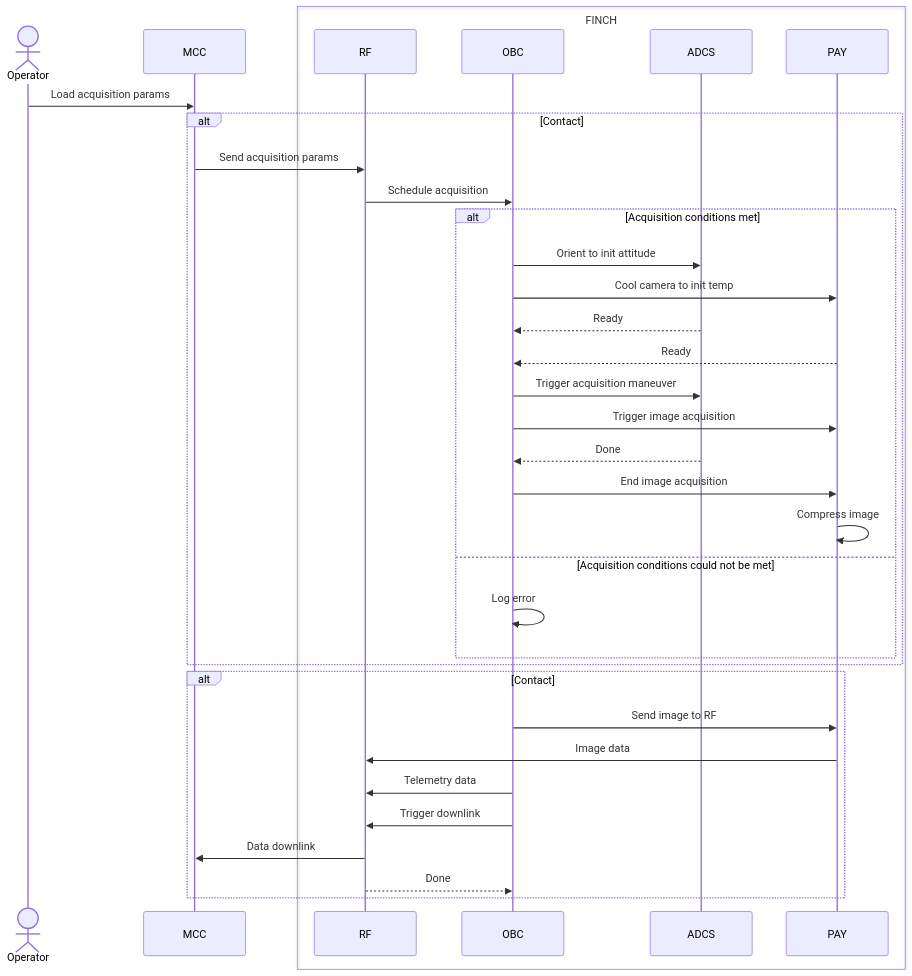
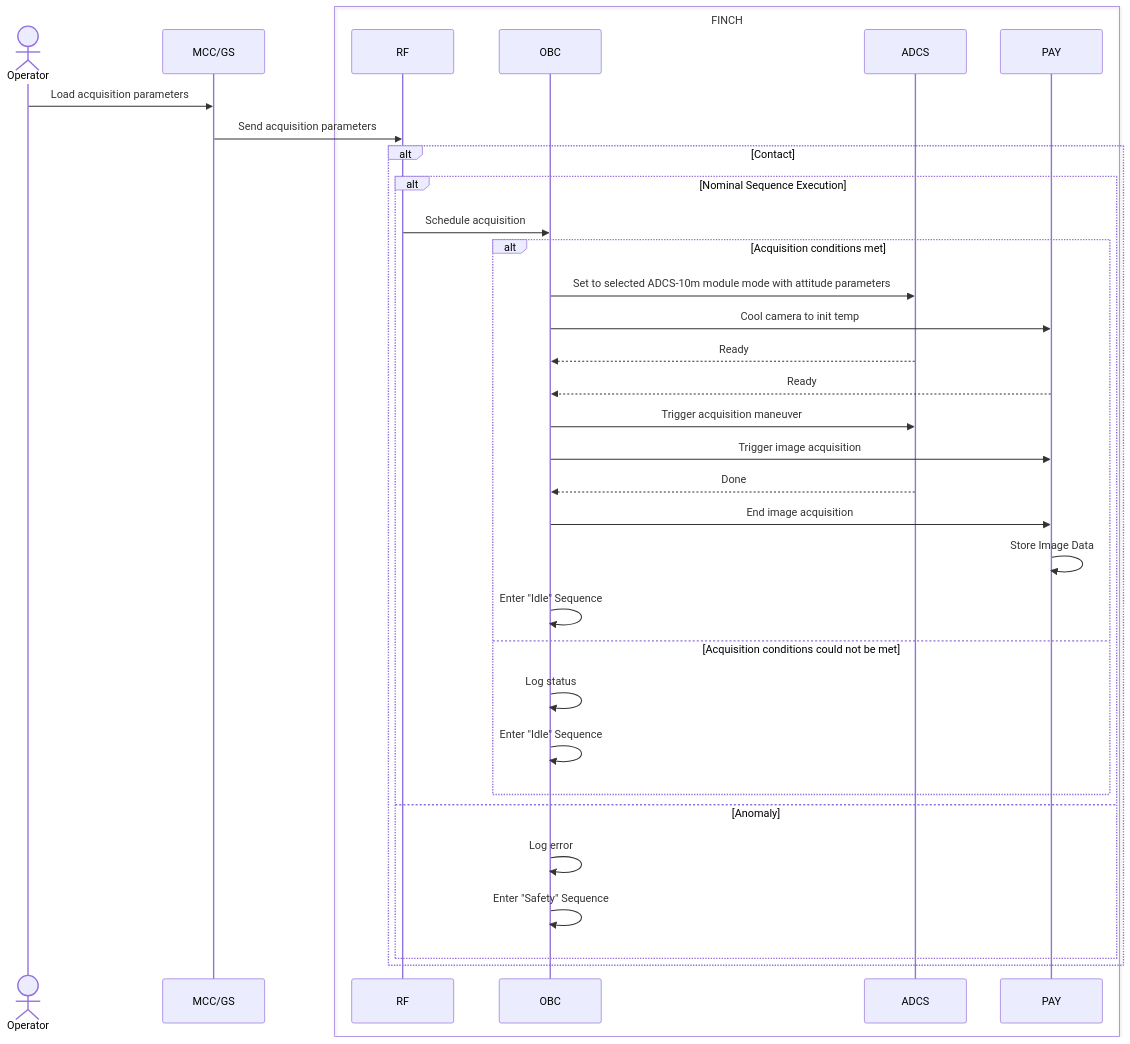
The diagram in command sequences/acquisition-command.md (utat-ss/FINCH-sequence-diagrams), drawn with Mermaid before and after one commit.

Commit message:
Update acquisition-command.md
Diagram updated to Summer 2024 EDR presentation version

````diff
--- a/command sequences/acquisition-command.md
+++ b/command sequences/acquisition-command.md
@@ -2,48 +2,43 @@
 ```mermaid
 sequenceDiagram
     Actor Operator
-    participant MCC
+    participant MCC/GS
     box FINCH
         participant RF
         participant OBC
         participant ADCS
         participant PAY
     end
 
-    Operator->>MCC: Load acquisition params
+    Operator->>MCC/GS: Load acquisition parameters
+    MCC/GS->>RF: Send acquisition parameters
+
     alt Contact
-        MCC->>RF: Send acquisition params
+        alt Nominal Sequence Execution
+            RF->>OBC: Schedule acquisition
 
-        RF->>OBC: Schedule acquisition
+            alt Acquisition conditions met
+                OBC->>ADCS: Set to selected ADCS-10m module mode with attitude parameters
+                OBC->>PAY: Cool camera to init temp
+                ADCS-->>OBC: Ready
+                PAY-->>OBC: Ready
+    
+                OBC->>ADCS: Trigger acquisition maneuver
+                OBC->>PAY: Trigger image acquisition
+                ADCS-->>OBC: Done
+                OBC->>PAY: End image acquisition
+                PAY->>PAY: Store Image Data
 
-        alt Acquisition conditions met
-            OBC->>ADCS: Orient to init attitude
-            OBC->>PAY: Cool camera to init temp
-            ADCS-->>OBC: Ready
-            PAY-->>OBC: Ready
+                OBC->>OBC: Enter "Idle" Sequence
 
-            OBC->>ADCS: Trigger acquisition maneuver
-            OBC->>PAY: Trigger image acquisition
-            ADCS-->>OBC: Done
-            OBC->>PAY: End image acquisition
-            PAY->>PAY: Compress image
-
-
-        else Acquisition conditions could not be met
+            else Acquisition conditions could not be met
+                OBC->>OBC: Log status
+                OBC->>OBC: Enter "Idle" Sequence
+            end
+        else Anomaly
             OBC->>OBC: Log error
-
+            OBC->>OBC: Enter "Safety" Sequence
         end
     end
 
-    alt Contact
-        OBC->>PAY: Send image to RF
-        PAY->>RF: Image data
-        OBC->>RF: Telemetry data
-        OBC->>RF: Trigger downlink
-        RF->>MCC: Data downlink
-        RF-->>OBC: Done
-    end
-
-    
-
 ```
````
